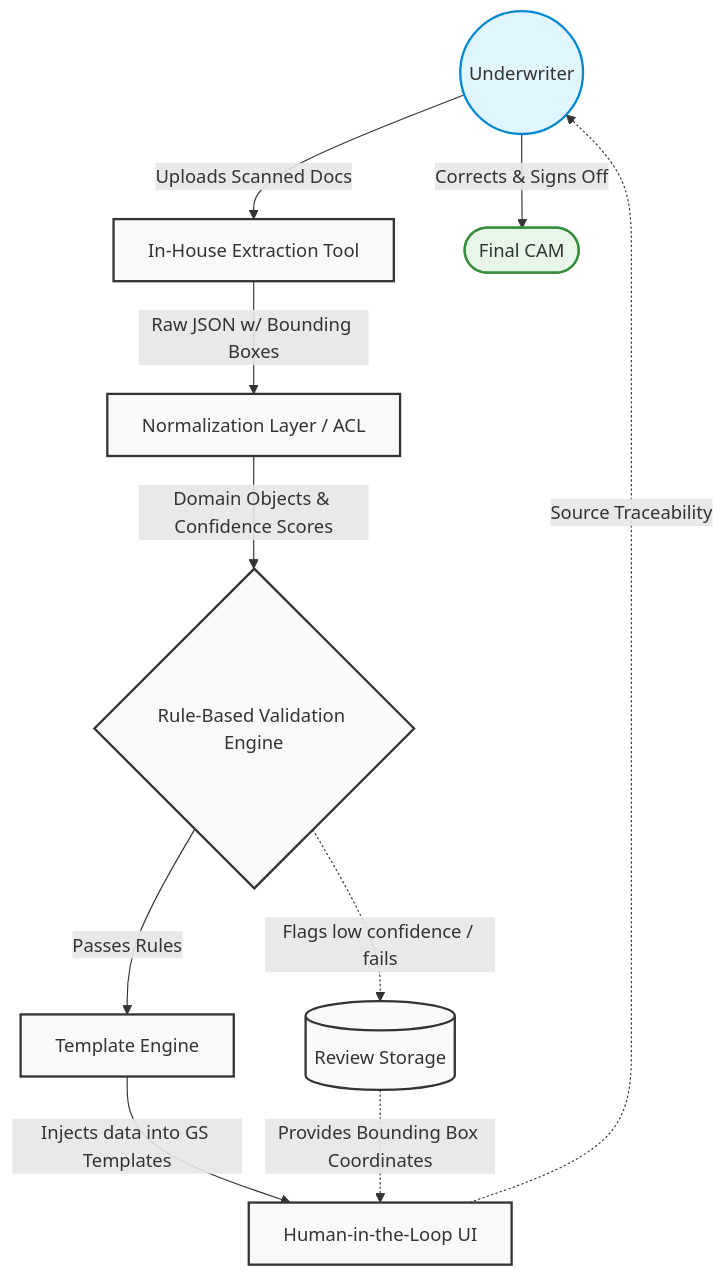
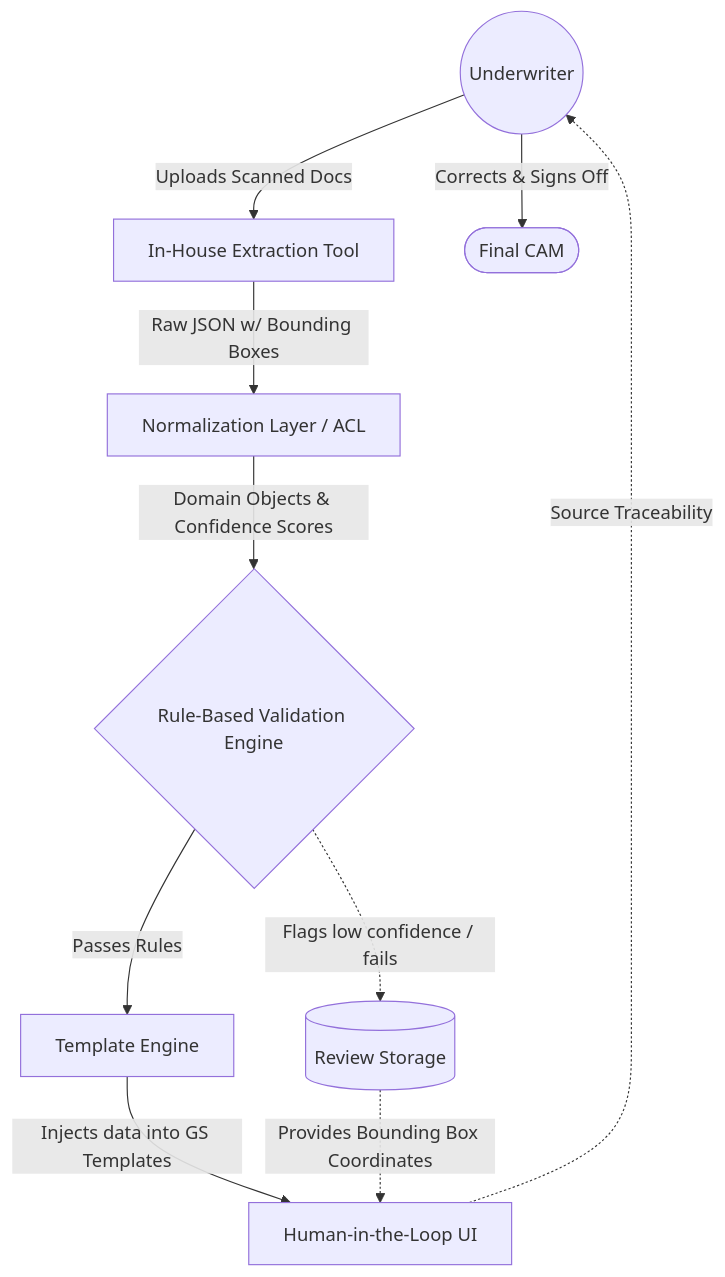
The diagram in notes/CAM.md (IshanDigra/ShadowDocs), drawn with Mermaid before and after one commit. The commit also changed 9 other files, not shown here.

First line of the commit message:
Beautify Mermaid and apply taste-skill UI design

````diff
--- a/notes/CAM.md
+++ b/notes/CAM.md
@@ -35,35 +35,29 @@
 ```mermaid
 graph TD
     %% Define Actor and Systems
     Actor((Underwriter))
     ExtTool[In-House Extraction Tool]
     ACL[Normalization Layer / ACL]
     ValEngine{Rule-Based Validation Engine}
     TempEngine[Template Engine]
     Storage[(Review Storage)]
     UI[Human-in-the-Loop UI]
     FinalDoc([Final CAM])
 
     %% Define Flow
     Actor -->|Uploads Scanned Docs| ExtTool
     ExtTool -->|Raw JSON w/ Bounding Boxes| ACL
     ACL -->|Domain Objects & Confidence Scores| ValEngine
     
     ValEngine -->|Passes Rules| TempEngine
     ValEngine -.->|Flags low confidence / fails| Storage
     
     TempEngine -->|Injects data into GS Templates| UI
     Storage -.->|Provides Bounding Box Coordinates| UI
     
     UI -.->|Source Traceability| Actor
     Actor -->|Corrects & Signs Off| FinalDoc
 
     %% Styling
-    classDef primary fill:#f9f9f9,stroke:#333,stroke-width:2px;
-    classDef actor fill:#e1f5fe,stroke:#0288d1,stroke-width:2px;
-    classDef endpoint fill:#e8f5e9,stroke:#388e3c,stroke-width:2px;
     
-    class Actor actor;
-    class FinalDoc endpoint;
-    class ExtTool,ACL,ValEngine,TempEngine,Storage,UI primary;
 ```
````
